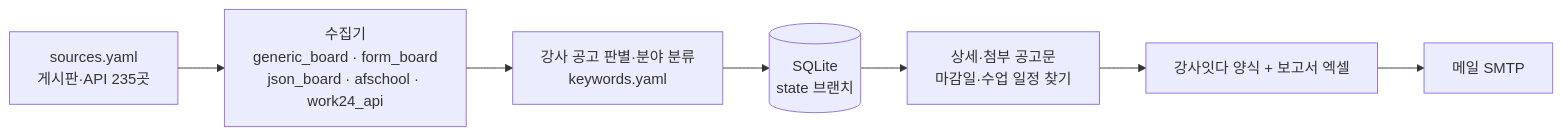
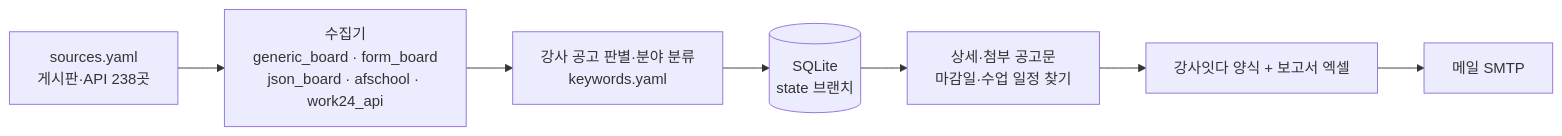
Before and after one commit to thskal17-sudo/busan-school-company: the diagram in docs/DESIGN.md, drawn with Mermaid. The commit also changed other lines of this file and 5 other files, not shown here.

````diff
--- a/docs/DESIGN.md
+++ b/docs/DESIGN.md
@@ -29,9 +29,9 @@
 ```mermaid
 flowchart LR
-    S[sources.yaml<br/>게시판·API 235곳] --> C[수집기<br/>generic_board · form_board<br/>json_board · afschool · work24_api]
+    S[sources.yaml<br/>게시판·API 238곳] --> C[수집기<br/>generic_board · form_board<br/>json_board · afschool · work24_api]
     C --> F[강사 공고 판별·분야 분류<br/>keywords.yaml]
     F --> D[(SQLite<br/>state 브랜치)]
     D --> I[상세·첨부 공고문<br/>마감일·수업 일정 찾기]
     I --> X[강사잇다 양식 + 보고서 엑셀]
     X --> M[메일 SMTP]
 ```
````
